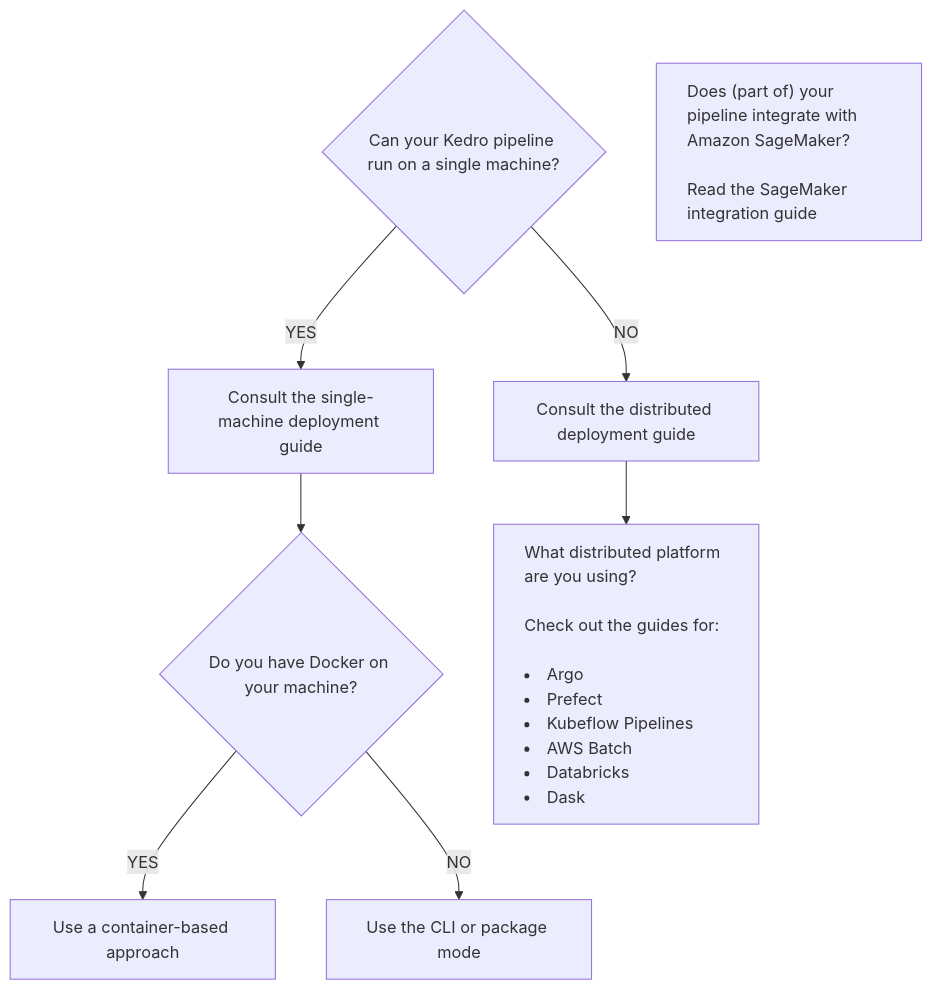
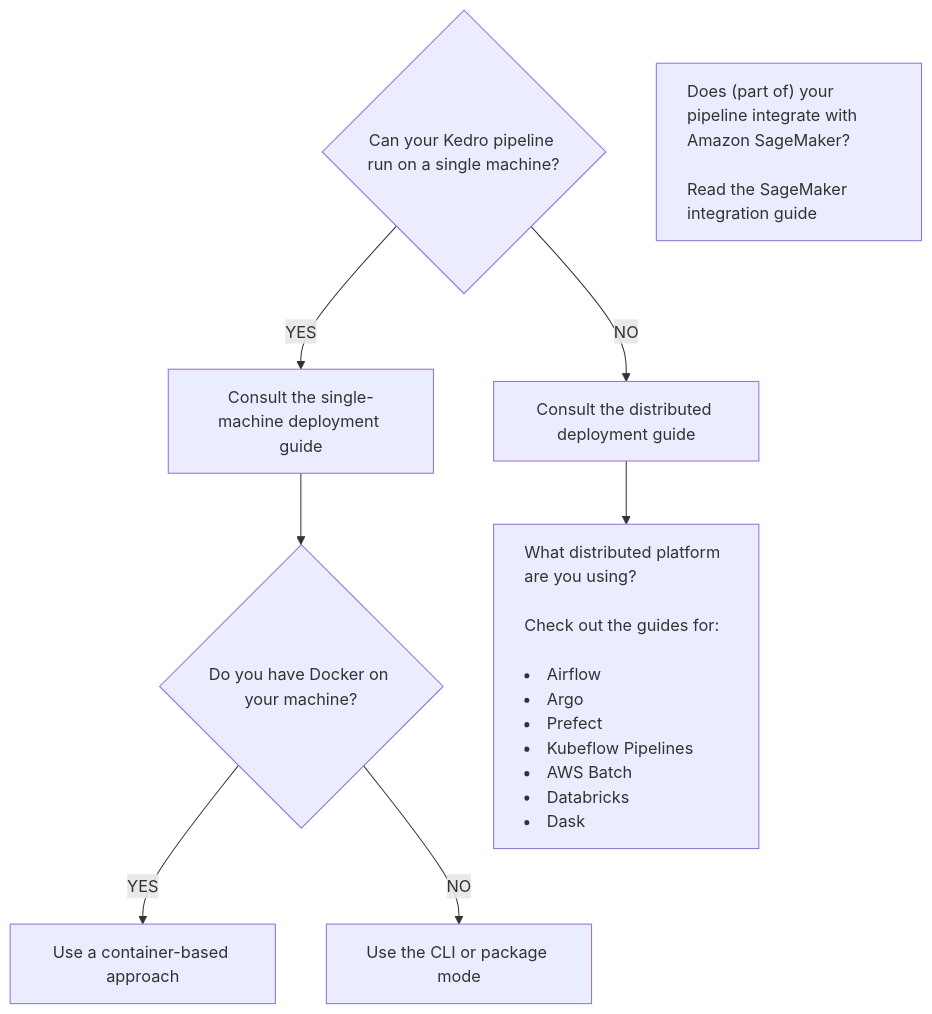
Before and after one commit to kedro-org/kedro: the diagram in docs/source/deployment/deployment_guide.md, drawn with Mermaid.

Commit message:
update flowchart

````diff
--- a/docs/source/deployment/deployment_guide.md
+++ b/docs/source/deployment/deployment_guide.md
@@ -25,12 +25,12 @@
 ```{mermaid}
 flowchart TD
     A{Can your Kedro pipeline run on a single machine?} -- YES --> B[Consult the single-machine deployment guide];
     B --> C{Do you have Docker on your machine?};
     C -- YES --> D[Use a container-based approach];
     C -- NO --> E[Use the CLI or package mode];
     A -- NO --> F[Consult the distributed deployment guide];
-    F --> G["What distributed platform are you using?<br/><br/>Check out the guides for:<br/><br/><li>Argo</li><li>Prefect</li><li>Kubeflow Pipelines</li><li>AWS Batch</li><li>Databricks</li><li>Dask</li>"];
+    F --> G["What distributed platform are you using?<br/><br/>Check out the guides for:<br/><br/><li>Airflow</li><li>Argo</li><li>Prefect</li><li>Kubeflow Pipelines</li><li>AWS Batch</li><li>Databricks</li><li>Dask</li>"];
     style G text-align:left
     H["Does (part of) your pipeline integrate with Amazon SageMaker?<br/><br/>Read the SageMaker integration guide"];
     style H text-align:left
 ```
````
